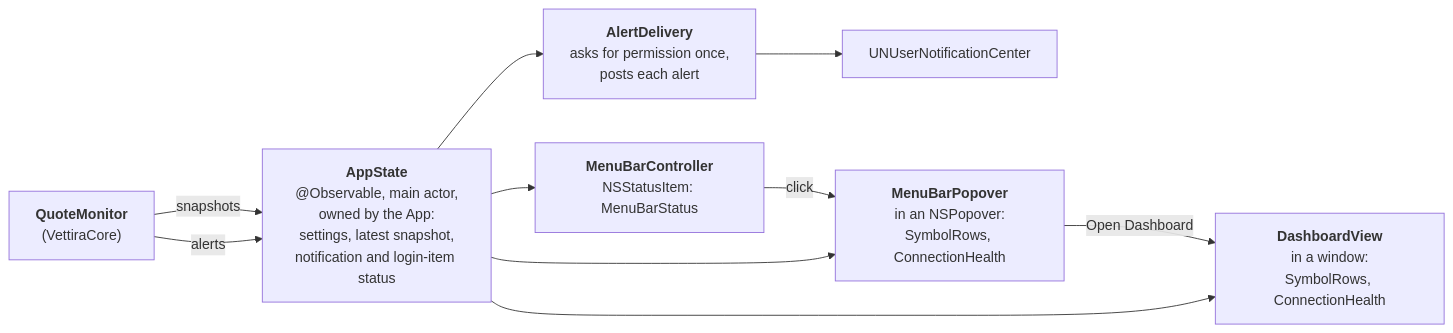
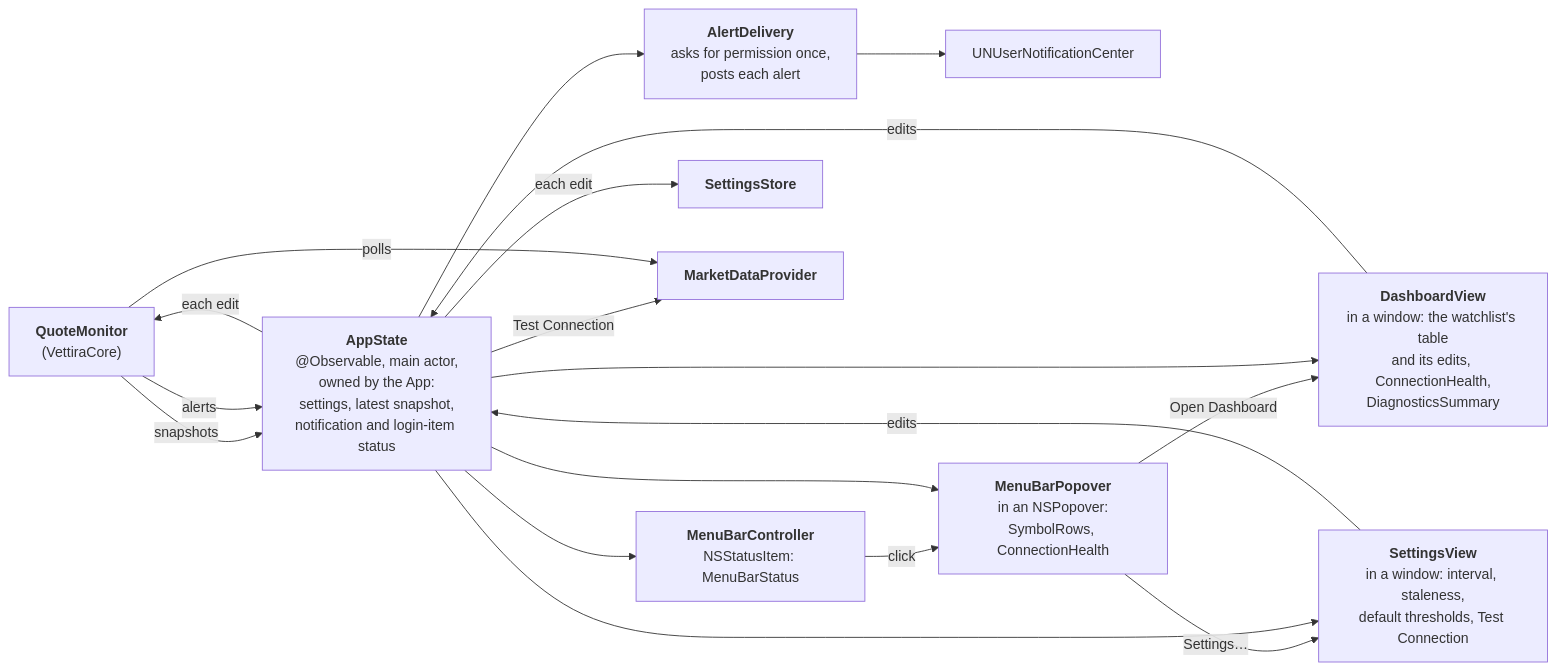
The second of 5 diagrams in docs/architecture.md (nikpietanze/vettira), drawn with Mermaid before and after one commit. The commit also changed other lines of this file and 37 other files, not shown here.

Commit message:
Add the dashboard's watchlist editing and a Settings window

````diff
--- a/docs/architecture.md
+++ b/docs/architecture.md
@@ -43,18 +51,29 @@
 ```mermaid
 flowchart LR
     monitor["<b>QuoteMonitor</b><br/>(VettiraCore)"]
     state["<b>AppState</b><br/>@Observable, main actor,<br/>owned by the App:<br/>settings, latest snapshot,<br/>notification and login-item status"]
     delivery["<b>AlertDelivery</b><br/>asks for permission once,<br/>posts each alert"]
     center["UNUserNotificationCenter"]
     controller["<b>MenuBarController</b><br/>NSStatusItem: MenuBarStatus"]
     popover["<b>MenuBarPopover</b><br/>in an NSPopover:<br/>SymbolRows, ConnectionHealth"]
-    dashboard["<b>DashboardView</b><br/>in a window:<br/>SymbolRows, ConnectionHealth"]
+    dashboard["<b>DashboardView</b><br/>in a window: the watchlist's table<br/>and its edits, ConnectionHealth,<br/>DiagnosticsSummary"]
+    settingsView["<b>SettingsView</b><br/>in a window: interval, staleness,<br/>default thresholds, Test Connection"]
+    store["<b>SettingsStore</b>"]
+    provider["<b>MarketDataProvider</b>"]
     monitor -- snapshots --> state
     monitor -- alerts --> state
     state --> delivery --> center
     state --> controller
     controller -- click --> popover
     popover -- Open Dashboard --> dashboard
+    popover -- Settings… --> settingsView
     state --> popover
     state --> dashboard
+    state --> settingsView
+    dashboard -- edits --> state
+    settingsView -- edits --> state
+    state -- each edit --> store
+    state -- each edit --> monitor
+    state -- Test Connection --> provider
+    monitor -- polls --> provider
 ```
````
